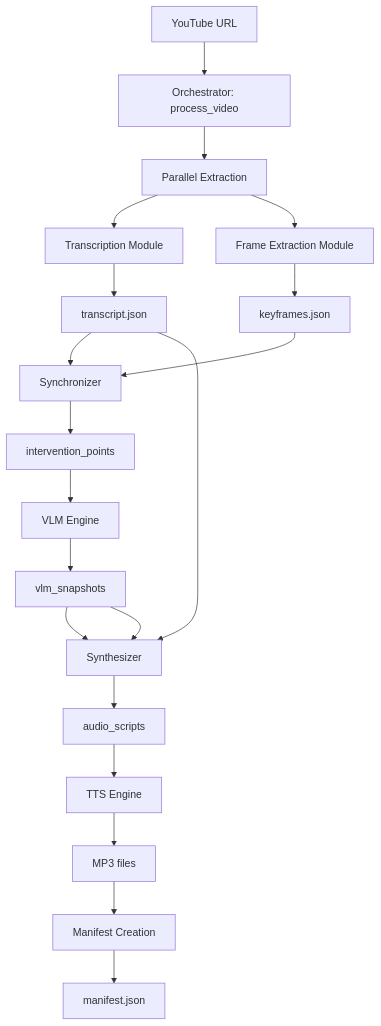
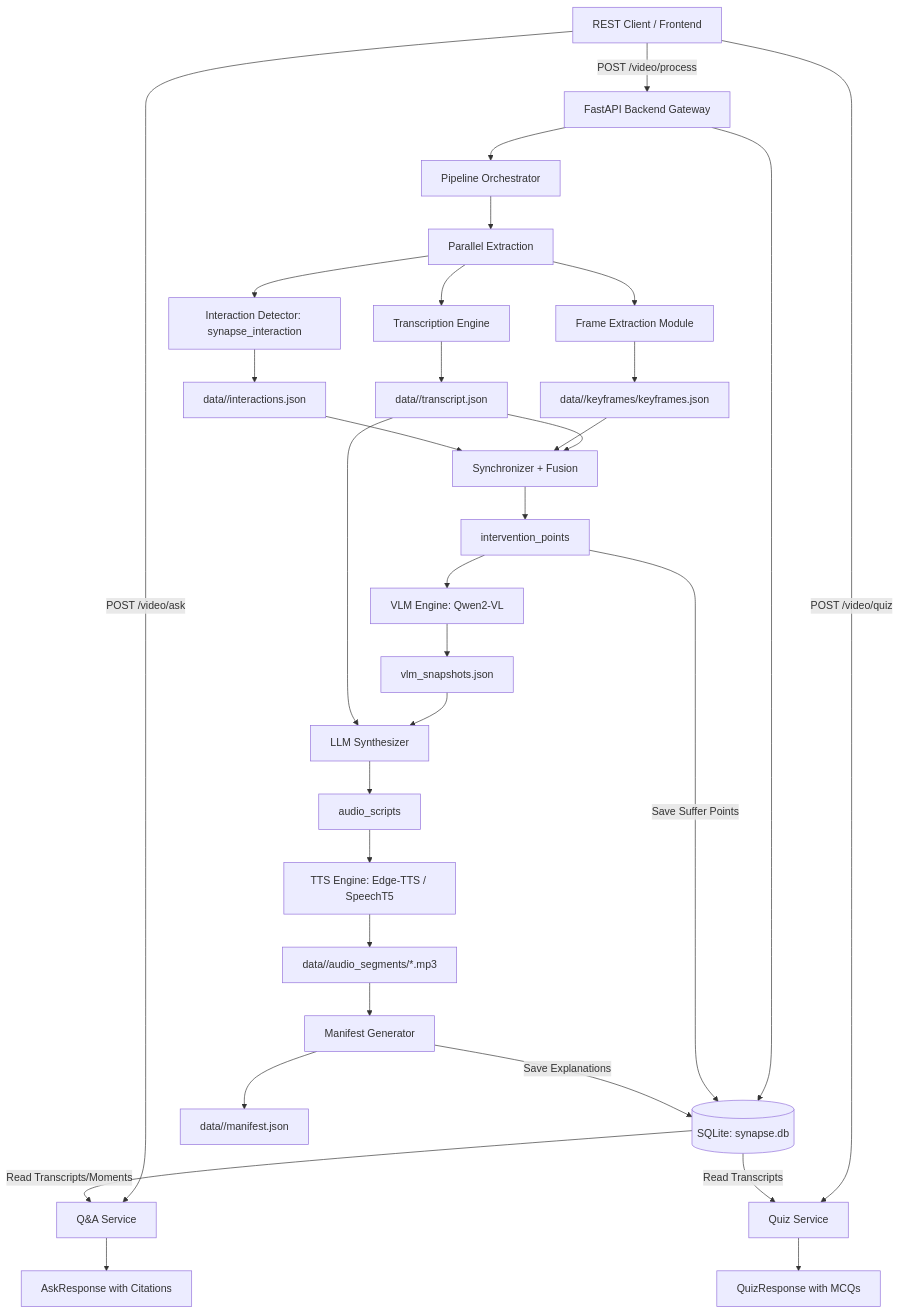
The first of 2 diagrams in docs/SYNAPSE_COMPLETE_PIPELINE_DOCUMENTATION.md (abdullahsaim911/pipeline_synapse), drawn with Mermaid before and after one commit. The commit also changed other lines of this file, not shown here.

````diff
--- a/docs/SYNAPSE_COMPLETE_PIPELINE_DOCUMENTATION.md
+++ b/docs/SYNAPSE_COMPLETE_PIPELINE_DOCUMENTATION.md
@@ -2204,22 +2441,44 @@
 ```mermaid
 graph TD
-    A[YouTube URL] --> B[Orchestrator: process_video]
-    B --> C[Parallel Extraction]
-    C --> D[Transcription Module]
-    C --> E[Frame Extraction Module]
-    D --> F[transcript.json]
-    E --> G[keyframes.json]
-    F --> H[Synchronizer]
-    G --> H
-    H --> I[intervention_points]
-    I --> J[VLM Engine]
-    J --> K[vlm_snapshots]
-    K --> L[Synthesizer]
-    F --> L
-    K --> L
-    L --> M[audio_scripts]
-    M --> N[TTS Engine]
-    N --> O[MP3 files]
-    O --> P[Manifest Creation]
-    P --> Q[manifest.json]
+    Client[REST Client / Frontend] -->|POST /video/process| Gateway[FastAPI Backend Gateway]
+    Gateway --> DB[(SQLite: synapse.db)]
+    Gateway --> Orch[Pipeline Orchestrator]
+
+    Orch --> Extraction[Parallel Extraction]
+    Extraction --> TransModule[Transcription Engine]
+    Extraction --> FrameModule[Frame Extraction Module]
+    Extraction --> InterModule[Interaction Detector: synapse_interaction]
+
+    TransModule --> TranscriptFile[data/<id>/transcript.json]
+    FrameModule --> KeyframesFile[data/<id>/keyframes/keyframes.json]
+    InterModule --> InteractionsFile[data/<id>/interactions.json]
+
+    TranscriptFile --> Sync[Synchronizer + Fusion]
+    KeyframesFile --> Sync
+    InteractionsFile --> Sync
+
+    Sync --> InterventionsList[intervention_points]
+    InterventionsList -->|Save Suffer Points| DB
+
+    InterventionsList --> VLM[VLM Engine: Qwen2-VL]
+    VLM --> Snapshots[vlm_snapshots.json]
+
+    Snapshots --> Synth[LLM Synthesizer]
+    TranscriptFile --> Synth
+    Synth --> AudioScripts[audio_scripts]
+
+    AudioScripts --> TTS[TTS Engine: Edge-TTS / SpeechT5]
+    TTS --> MP3Files[data/<id>/audio_segments/*.mp3]
+
+    MP3Files --> ManifestGen[Manifest Generator]
+    ManifestGen --> ManifestFile[data/<id>/manifest.json]
+    ManifestGen -->|Save Explanations| DB
+
+    Client -->|POST /video/ask| QA[Q&A Service]
+    DB -->|Read Transcripts/Moments| QA
+    QA --> AskAnswer[AskResponse with Citations]
+
+    Client -->|POST /video/quiz| Quiz[Quiz Service]
+    DB -->|Read Transcripts| Quiz
+    Quiz --> ScreenedQuiz[QuizResponse with MCQs]
 ```
````
